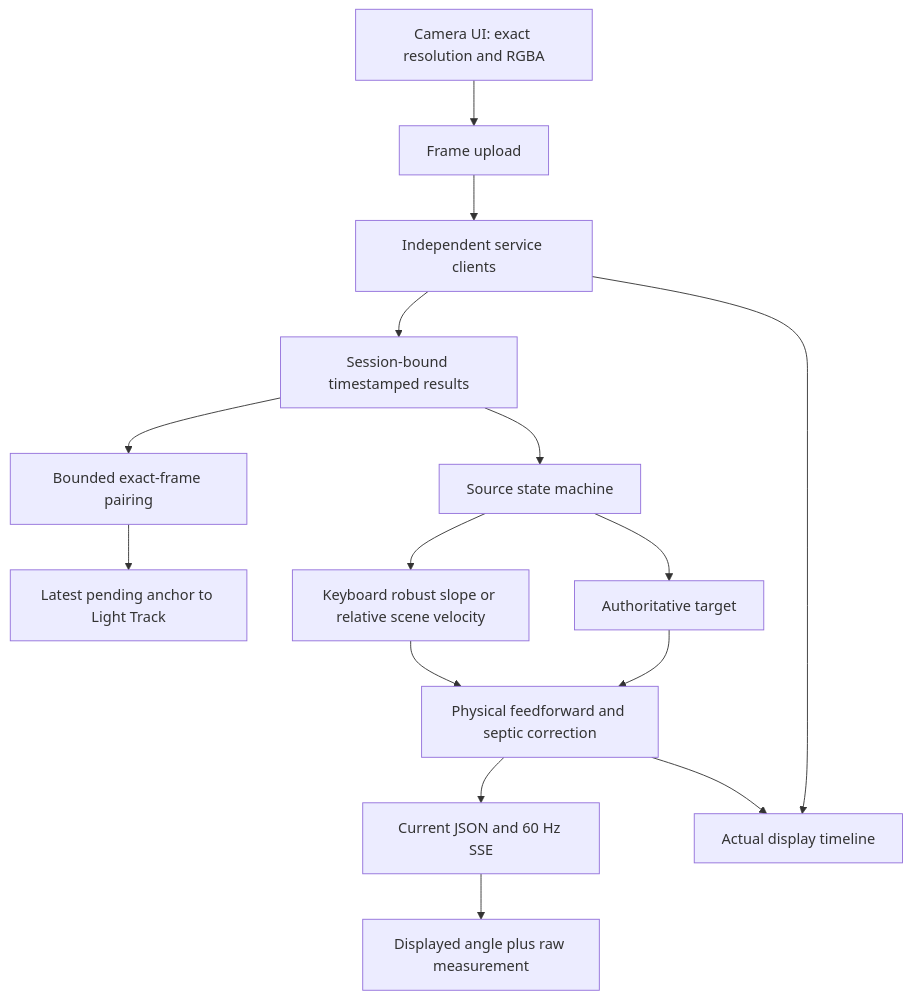
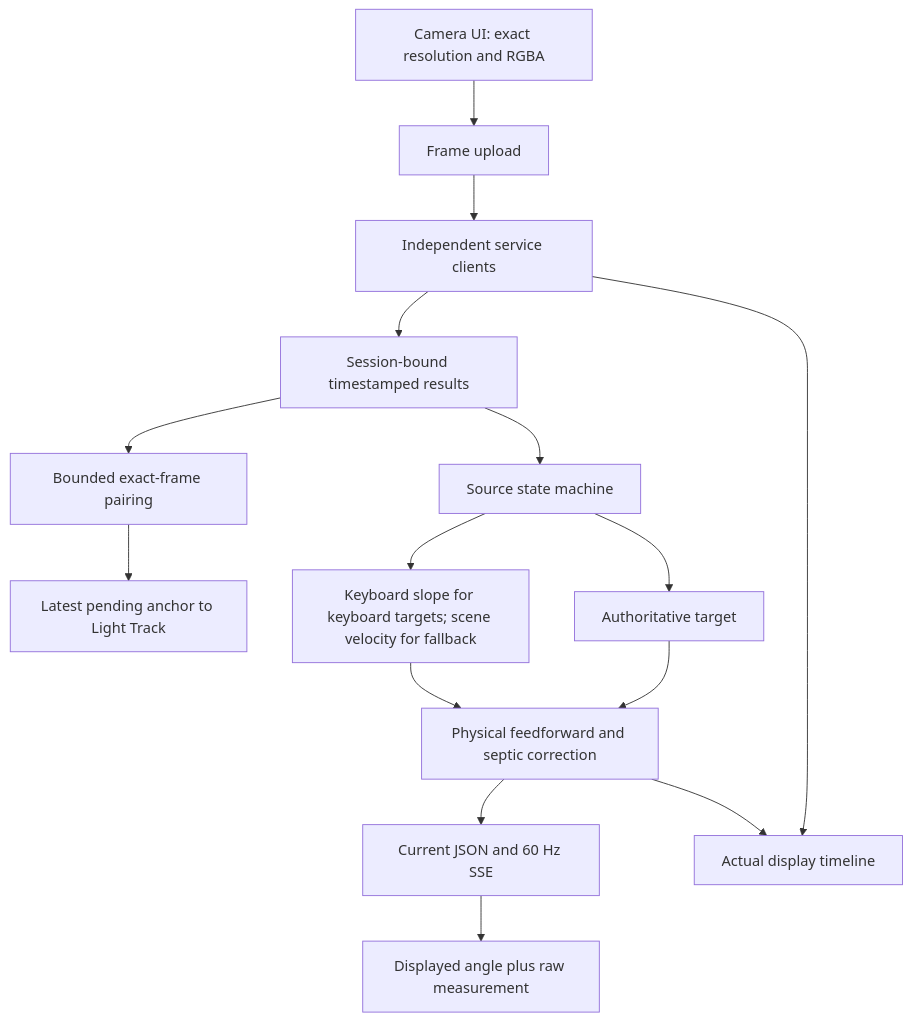
The first of 10 diagrams in fusion/docs/architecture.md (Comb1e/windows-turn), drawn with Mermaid before and after one commit. The commit also changed other lines of this file and 14 other files, not shown here.

Commit message:
Use available keyboard angles as Fusion display targets

````diff
--- a/fusion/docs/architecture.md
+++ b/fusion/docs/architecture.md
@@ -3,17 +3,17 @@
 ```mermaid
 flowchart TD
     UI[Camera UI: exact resolution and RGBA] --> HTTP[Frame upload]
     HTTP --> Clients[Independent service clients]
     Clients --> Results[Session-bound timestamped results]
     Results --> Engine[Source state machine]
     Results --> Pairs[Bounded exact-frame pairing]
     Pairs --> Anchors[Latest pending anchor to Light Track]
-    Engine --> Motion[Keyboard robust slope or relative scene velocity]
+    Engine --> Motion[Keyboard slope for keyboard targets; scene velocity for fallback]
     Engine --> Target[Authoritative target]
     Motion --> Display[Physical feedforward and septic correction]
     Target --> Display
     Display --> API[Current JSON and 60 Hz SSE]
     API --> View[Displayed angle plus raw measurement]
     Display --> Recording[Actual display timeline]
     Clients --> Recording
 ```
````
